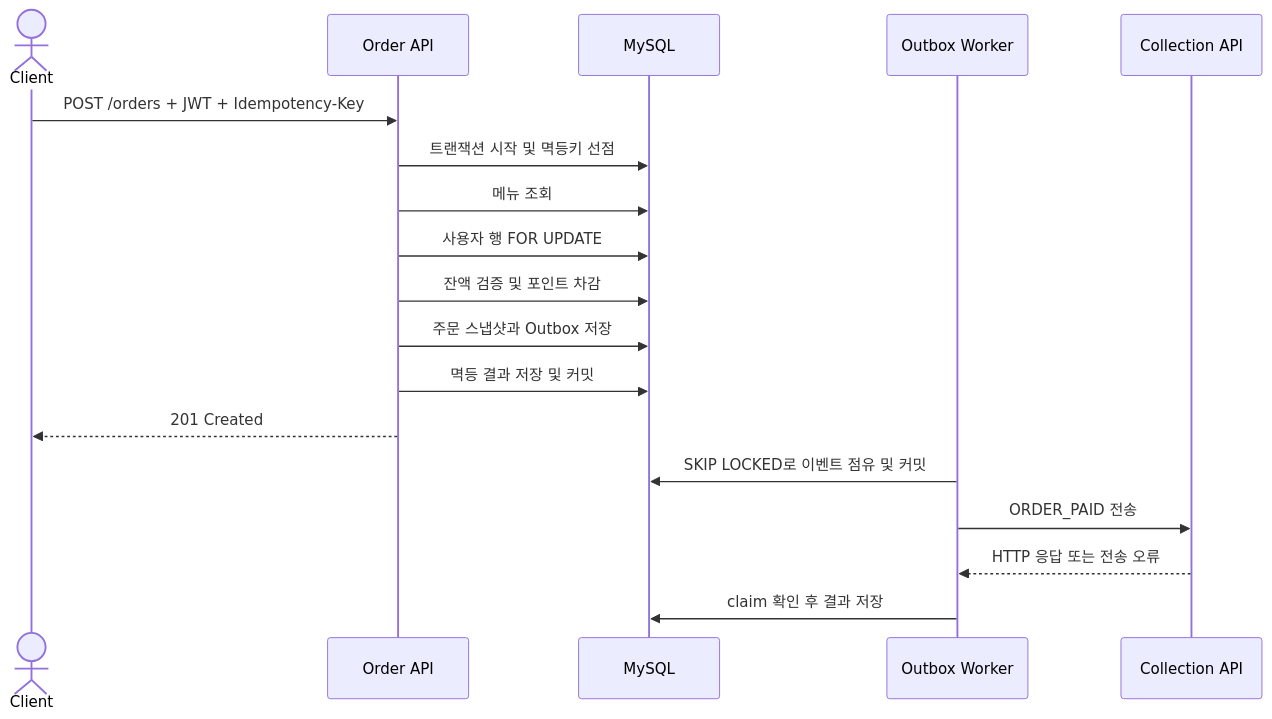
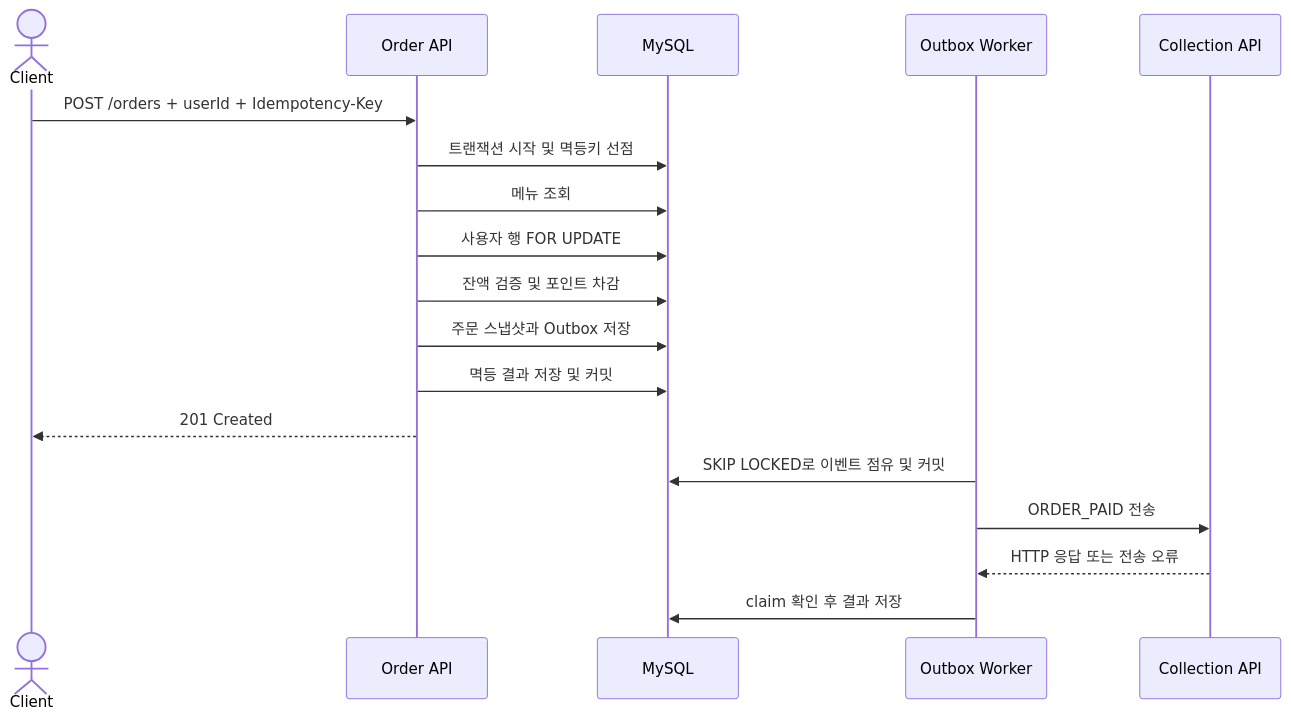
The second of 2 diagrams in docs/architecture.md (0younge/coffee-order-system), drawn with Mermaid before and after one commit. The commit also changed other lines of this file and 13 other files, not shown here.

````diff
--- a/docs/architecture.md
+++ b/docs/architecture.md
@@ -213,21 +195,21 @@
 ```mermaid
 sequenceDiagram
     actor Client
     participant API as Order API
     participant DB as MySQL
     participant Worker as Outbox Worker
     participant Collector as Collection API
 
-    Client->>API: POST /orders + JWT + Idempotency-Key
+    Client->>API: POST /orders + userId + Idempotency-Key
     API->>DB: 트랜잭션 시작 및 멱등키 선점
     API->>DB: 메뉴 조회
     API->>DB: 사용자 행 FOR UPDATE
     API->>DB: 잔액 검증 및 포인트 차감
     API->>DB: 주문 스냅샷과 Outbox 저장
     API->>DB: 멱등 결과 저장 및 커밋
     API-->>Client: 201 Created
     Worker->>DB: SKIP LOCKED로 이벤트 점유 및 커밋
     Worker->>Collector: ORDER_PAID 전송
     Collector-->>Worker: HTTP 응답 또는 전송 오류
     Worker->>DB: claim 확인 후 결과 저장
 ```
````
